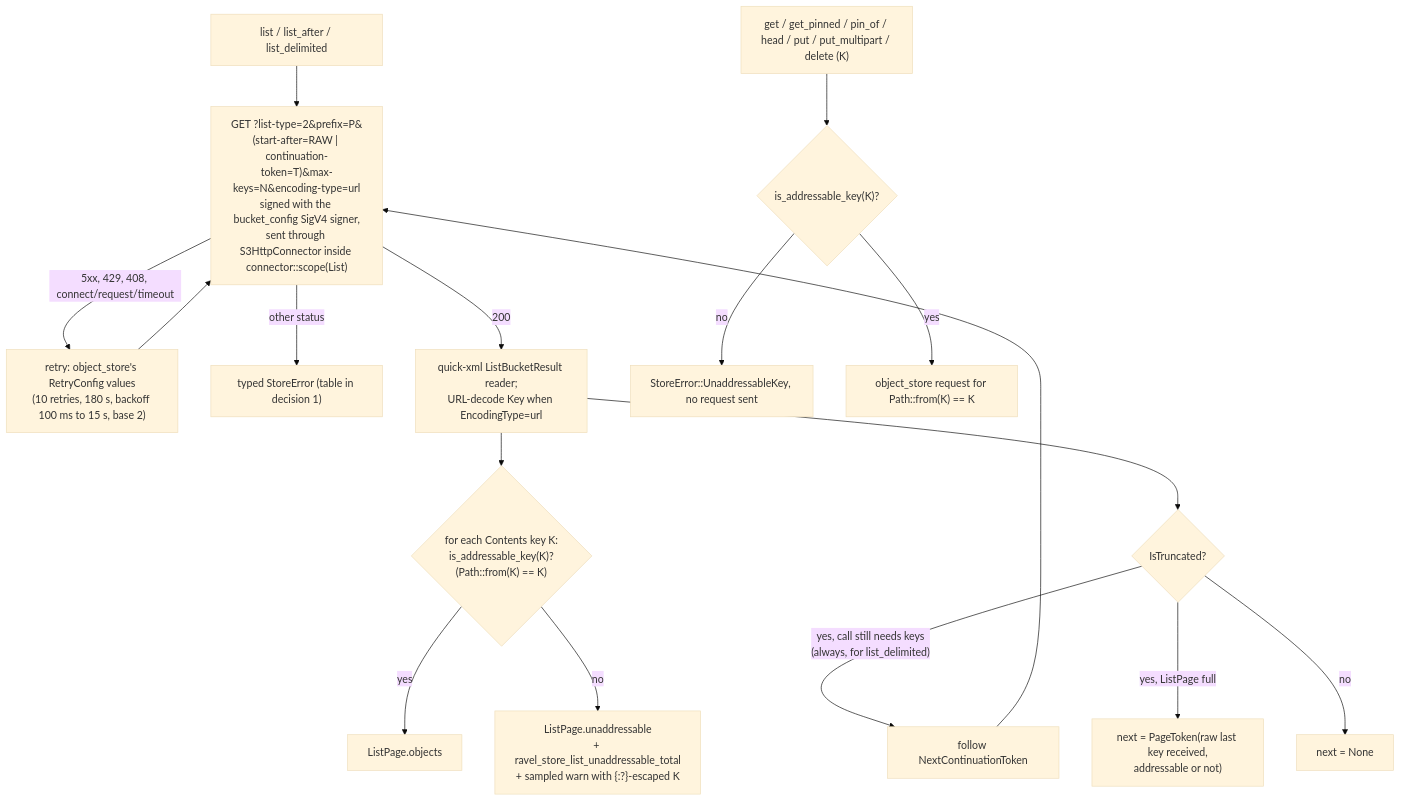
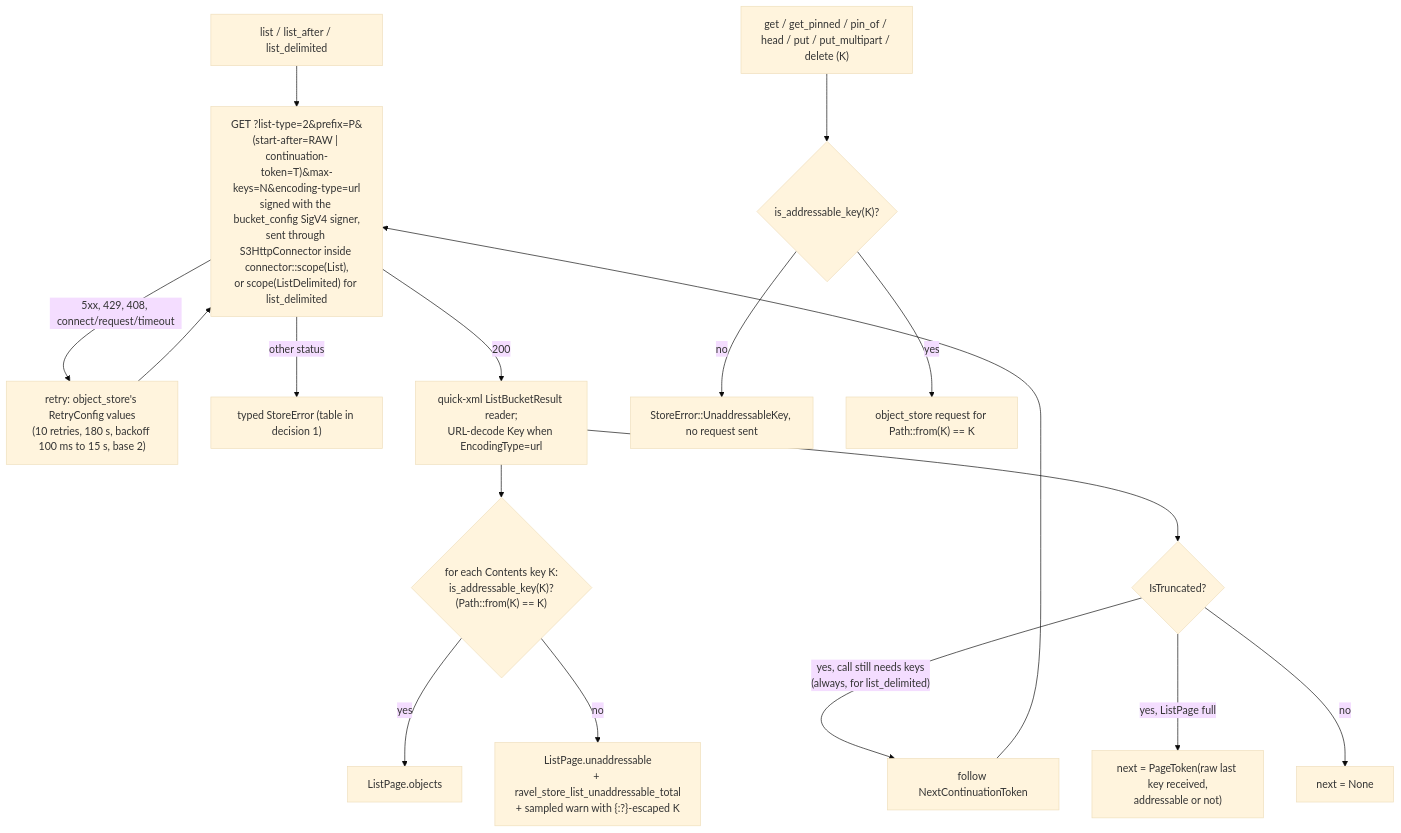
Before and after one commit to NOFireAI/ravel: the diagram in docs/adrs/2637-raw-key-s3-listing.md, drawn with Mermaid (base theme). The commit also changed other lines of this file, not shown here.

````diff
--- a/docs/adrs/2637-raw-key-s3-listing.md
+++ b/docs/adrs/2637-raw-key-s3-listing.md
@@ -100,19 +100,19 @@
 ```mermaid
 flowchart TD
-    A["list / list_after / list_delimited"] --> B["GET ?list-type=2&prefix=P&(start-after=RAW | continuation-token=T)&max-keys=N&encoding-type=url<br/>signed with the bucket_config SigV4 signer,<br/>sent through S3HttpConnector inside connector::scope(List)"]
+    A["list / list_after / list_delimited"] --> B["GET ?list-type=2&prefix=P&(start-after=RAW | continuation-token=T)&max-keys=N&encoding-type=url<br/>signed with the bucket_config SigV4 signer,<br/>sent through S3HttpConnector inside connector::scope(List),<br/>or scope(ListDelimited) for list_delimited"]
     B -->|"5xx, 429, 408, connect/request/timeout"| R["retry: object_store's RetryConfig values<br/>(10 retries, 180 s, backoff 100 ms to 15 s, base 2)"]
     R --> B
     B -->|"other status"| E["typed StoreError (table in decision 1)"]
     B -->|200| C["quick-xml ListBucketResult reader;<br/>URL-decode Key when EncodingType=url"]
     C --> D{"for each Contents key K:<br/>is_addressable_key(K)?<br/>(Path::from(K) == K)"}
     D -->|yes| O["ListPage.objects"]
     D -->|no| U["ListPage.unaddressable<br/>+ ravel_store_list_unaddressable_total<br/>+ sampled warn with {:?}-escaped K"]
     C --> T{"IsTruncated?"}
     T -->|"yes, call still needs keys<br/>(always, for list_delimited)"| F["follow NextContinuationToken"]
     F --> B
     T -->|"yes, ListPage full"| N["next = PageToken(raw last key received,<br/>addressable or not)"]
     T -->|no| Z["next = None"]
     G["get / get_pinned / pin_of / head / put / put_multipart / delete (K)"] --> H{"is_addressable_key(K)?"}
     H -->|no| X["StoreError::UnaddressableKey, no request sent"]
     H -->|yes| Y["object_store request for Path::from(K) == K"]
 ```
````
